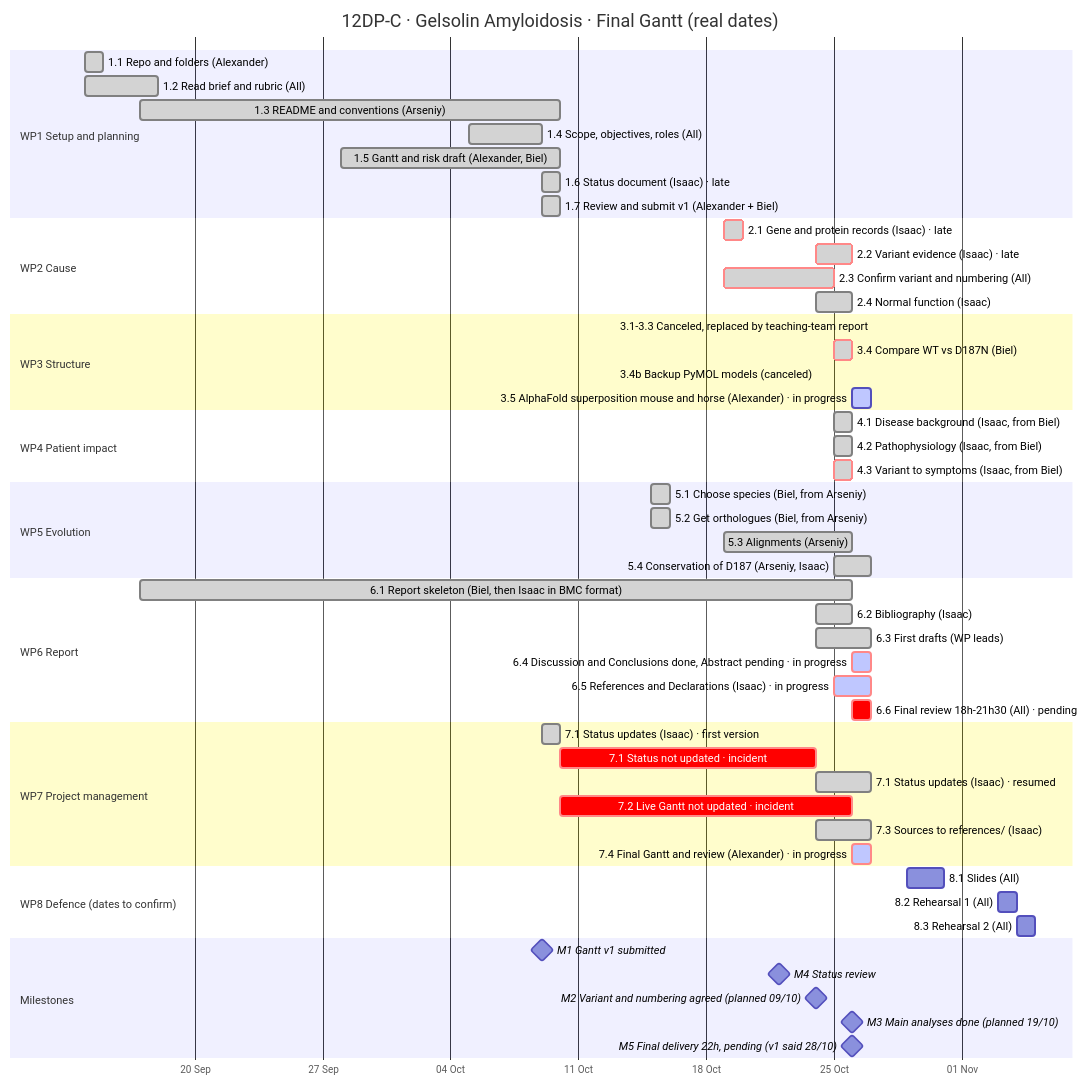
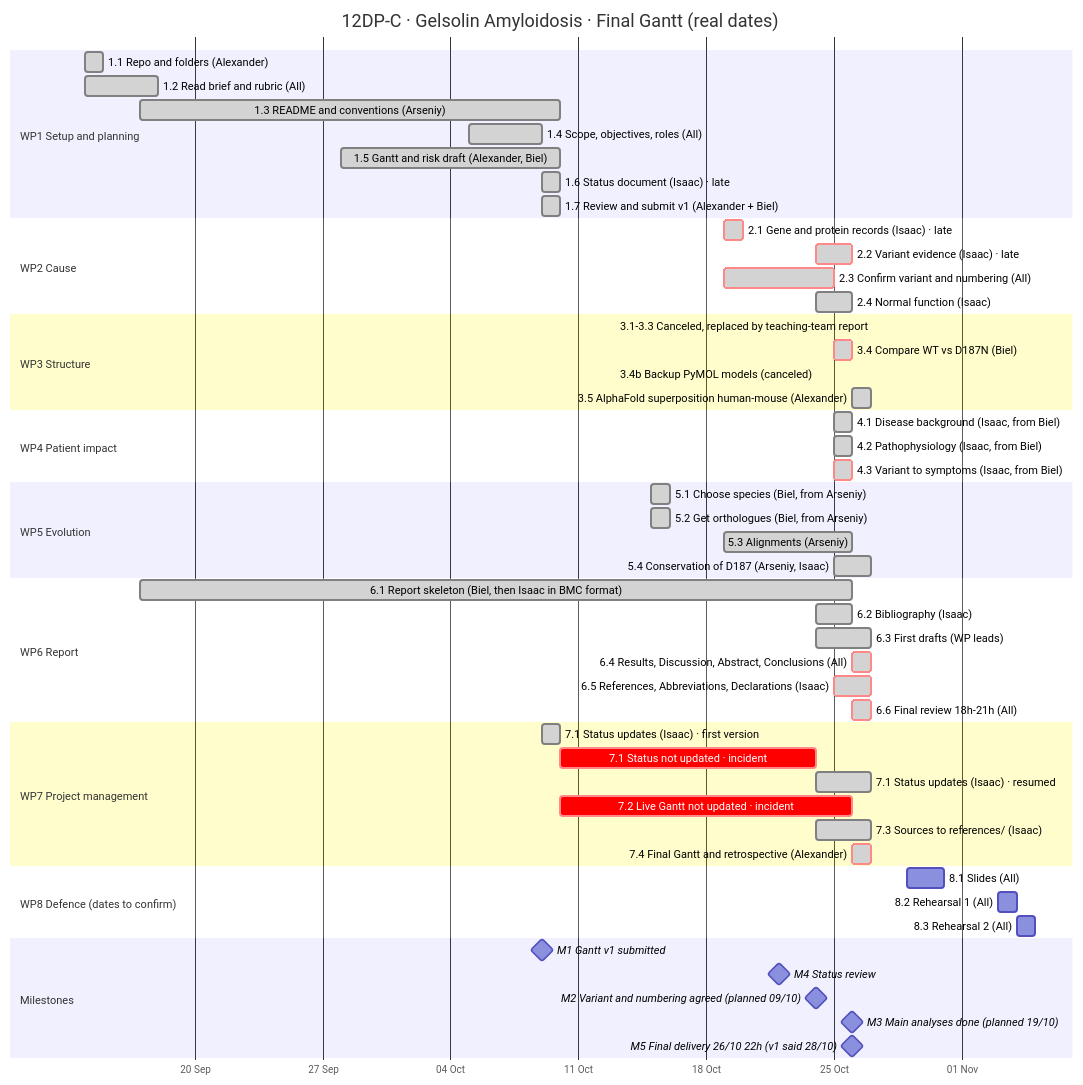
One commit to detorotodorov-alexander/12DP-C_GA_IB_2026 changed the diagram in gantt/gantt_live.md. Above: the diagram before and after it, drawn with Mermaid. The commit also changed other lines of this file, not shown here.

Commit message:
Revise Gantt chart for final project delivery
Updated Gantt chart to reflect final version and real project dates. Adjusted task descriptions and statuses for clarity.

````diff
--- a/gantt/gantt_live.md
+++ b/gantt/gantt_live.md
@@ -9,68 +9,68 @@
 ```mermaid
 gantt
     title 12DP-C · Gelsolin Amyloidosis · Final Gantt (real dates)
     dateFormat YYYY-MM-DD
     axisFormat %d %b
     tickInterval 1week
     todayMarker off
 
     section WP1 Setup and planning
     1.1 Repo and folders (Alexander)                 :done, t11, 2026-09-14, 1d
     1.2 Read brief and rubric (All)                  :done, t12, 2026-09-14, 4d
     1.3 README and conventions (Arseniy)             :done, t13, 2026-09-17, 23d
     1.4 Scope, objectives, roles (All)               :done, t14, 2026-10-05, 4d
     1.5 Gantt and risk draft (Alexander, Biel)       :done, t15, 2026-09-28, 12d
     1.6 Status document (Isaac) · late               :done, t16, 2026-10-09, 1d
     1.7 Review and submit v1 (Alexander + Biel)      :done, t17, 2026-10-09, 1d
 
     section WP2 Cause
     2.1 Gene and protein records (Isaac) · late      :crit, done, t21, 2026-10-19, 1d
     2.2 Variant evidence (Isaac) · late              :crit, done, t22, 2026-10-24, 2d
     2.3 Confirm variant and numbering (All)          :crit, done, t23, 2026-10-19, 6d
     2.4 Normal function (Isaac)                      :done, t24, 2026-10-24, 2d
 
     section WP3 Structure
     3.1-3.3 Canceled, replaced by teaching-team report :t31, 2026-10-13, 0d
     3.4 Compare WT vs D187N (Biel)                   :crit, done, t34, 2026-10-25, 1d
     3.4b Backup PyMOL models (canceled)              :t34b, 2026-10-13, 0d
-    3.5 AlphaFold superposition mouse and horse (Alexander) · in progress :active, t35, 2026-10-26, 1d
+    3.5 AlphaFold superposition human-mouse (Alexander) :done, t35, 2026-10-26, 1d
 
     section WP4 Patient impact
     4.1 Disease background (Isaac, from Biel)        :done, t41, 2026-10-25, 1d
     4.2 Pathophysiology (Isaac, from Biel)           :done, t42, 2026-10-25, 1d
     4.3 Variant to symptoms (Isaac, from Biel)       :crit, done, t43, 2026-10-25, 1d
 
     section WP5 Evolution
     5.1 Choose species (Biel, from Arseniy)          :done, t51, 2026-10-15, 1d
     5.2 Get orthologues (Biel, from Arseniy)         :done, t52, 2026-10-15, 1d
     5.3 Alignments (Arseniy)                         :done, t53, 2026-10-19, 7d
     5.4 Conservation of D187 (Arseniy, Isaac)        :done, t54, 2026-10-25, 2d
 
     section WP6 Report
     6.1 Report skeleton (Biel, then Isaac in BMC format) :done, t61, 2026-09-17, 39d
     6.2 Bibliography (Isaac)                         :done, t62, 2026-10-24, 2d
     6.3 First drafts (WP leads)                      :done, t63, 2026-10-24, 3d
-    6.4 Discussion and Conclusions done, Abstract pending · in progress :crit, active, t64, 2026-10-26, 1d
-    6.5 References and Declarations (Isaac) · in progress :crit, active, t65, 2026-10-25, 2d
-    6.6 Final review 18h-21h30 (All) · pending       :crit, t66, 2026-10-26, 1d
+    6.4 Results, Discussion, Abstract, Conclusions (All) :crit, done, t64, 2026-10-26, 1d
+    6.5 References, Abbreviations, Declarations (Isaac) :crit, done, t65, 2026-10-25, 2d
+    6.6 Final review 18h-21h (All)                   :crit, done, t66, 2026-10-26, 1d
 
     section WP7 Project management
     7.1 Status updates (Isaac) · first version       :done, t71a, 2026-10-09, 1d
     7.1 Status not updated · incident                :crit, t71g, 2026-10-10, 14d
     7.1 Status updates (Isaac) · resumed             :done, t71b, 2026-10-24, 3d
     7.2 Live Gantt not updated · incident            :crit, t72, 2026-10-10, 16d
     7.3 Sources to references/ (Isaac)               :done, t73, 2026-10-24, 3d
-    7.4 Final Gantt and review (Alexander) · in progress :crit, active, t74, 2026-10-26, 1d
+    7.4 Final Gantt and retrospective (Alexander)    :crit, done, t74, 2026-10-26, 1d
 
     section WP8 Defence (dates to confirm)
     8.1 Slides (All)                                 :t81, 2026-10-29, 2d
     8.2 Rehearsal 1 (All)                            :t82, 2026-11-03, 1d
     8.3 Rehearsal 2 (All)                            :t83, 2026-11-04, 1d
 
     section Milestones
     M1 Gantt v1 submitted                            :milestone, m1, 2026-10-09, 0d
     M4 Status review                                 :milestone, m4, 2026-10-22, 0d
     M2 Variant and numbering agreed (planned 09/10)  :milestone, m2, 2026-10-24, 0d
     M3 Main analyses done (planned 19/10)            :milestone, m3, 2026-10-26, 0d
-    M5 Final delivery 22h, pending (v1 said 28/10)   :milestone, m5, 2026-10-26, 0d
+    M5 Final delivery 26/10 22h (v1 said 28/10)      :milestone, m5, 2026-10-26, 0d
 ```
````
